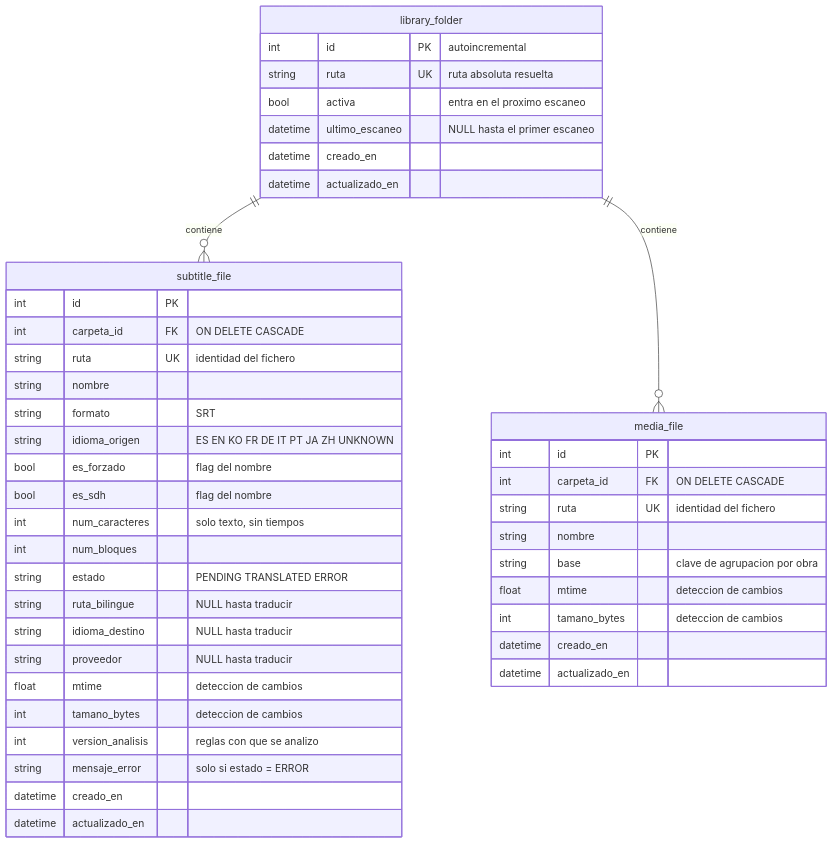
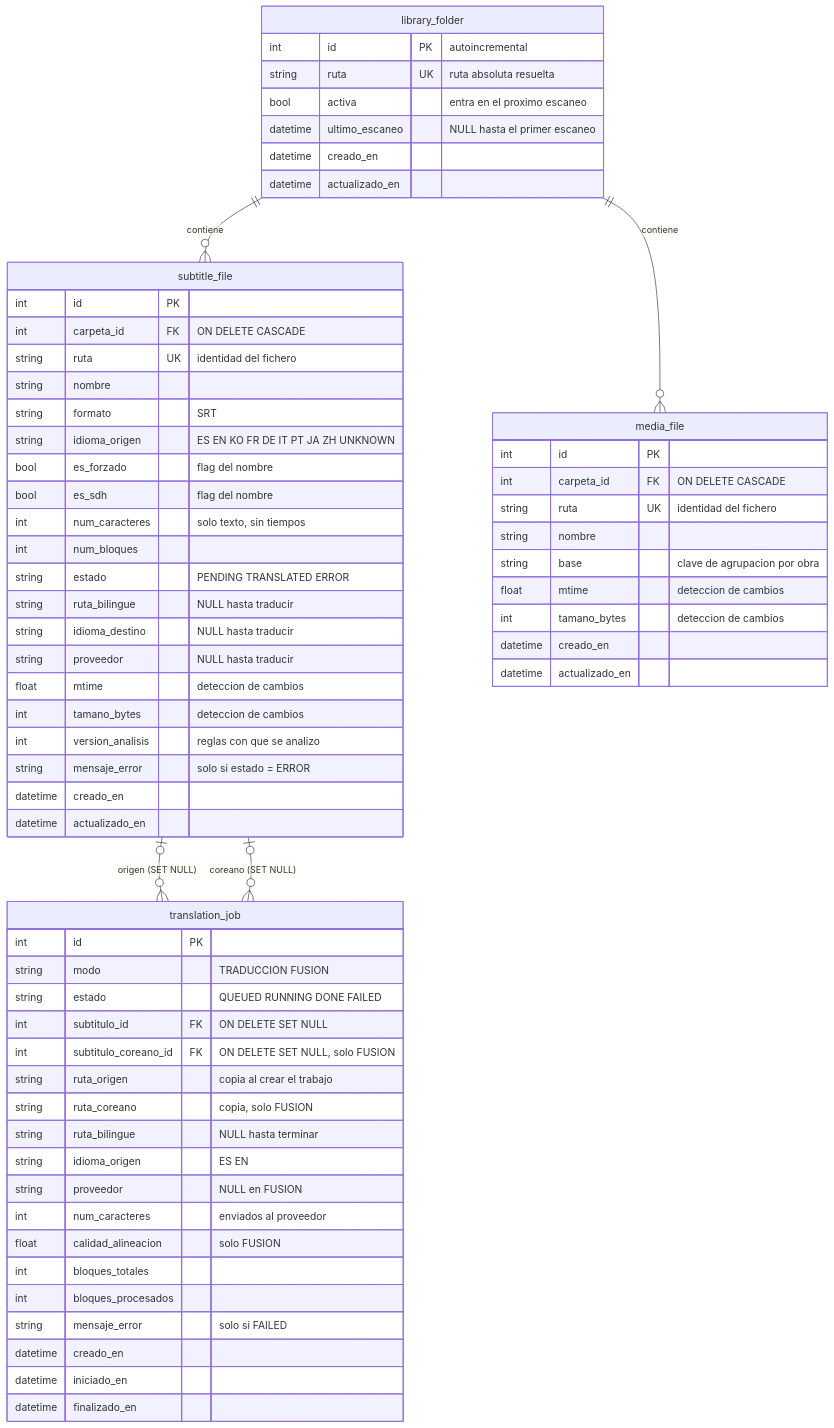
One commit to C4rl3s/srt-bilingual changed the diagram in docs/modelo-datos.md. Above: the diagram before and after it, drawn with Mermaid. The commit also changed other lines of this file and 10 other files, not shown here.

First line of the commit message:
feat: tabla translation_job para los trabajos de bilingue (Fase 3, hito 5)

````diff
--- a/docs/modelo-datos.md
+++ b/docs/modelo-datos.md
@@ -27,49 +29,72 @@
 ```mermaid
 erDiagram
     library_folder ||--o{ subtitle_file : "contiene"
     library_folder ||--o{ media_file : "contiene"
+    subtitle_file |o--o{ translation_job : "origen (SET NULL)"
+    subtitle_file |o--o{ translation_job : "coreano (SET NULL)"
+
+    translation_job {
+        int      id                   PK
+        string   modo                    "TRADUCCION FUSION"
+        string   estado                  "QUEUED RUNNING DONE FAILED"
+        int      subtitulo_id         FK "ON DELETE SET NULL"
+        int      subtitulo_coreano_id FK "ON DELETE SET NULL, solo FUSION"
+        string   ruta_origen             "copia al crear el trabajo"
+        string   ruta_coreano            "copia, solo FUSION"
+        string   ruta_bilingue           "NULL hasta terminar"
+        string   idioma_origen           "ES EN"
+        string   proveedor               "NULL en FUSION"
+        int      num_caracteres          "enviados al proveedor"
+        float    calidad_alineacion      "solo FUSION"
+        int      bloques_totales
+        int      bloques_procesados
+        string   mensaje_error           "solo si FAILED"
+        datetime creado_en
+        datetime iniciado_en
+        datetime finalizado_en
+    }
 
     media_file {
         int      id             PK
         int      carpeta_id     FK "ON DELETE CASCADE"
         string   ruta           UK "identidad del fichero"
         string   nombre
         string   base              "clave de agrupacion por obra"
         float    mtime             "deteccion de cambios"
         int      tamano_bytes      "deteccion de cambios"
         datetime creado_en
         datetime actualizado_en
     }
 
     library_folder {
         int      id             PK "autoincremental"
         string   ruta           UK "ruta absoluta resuelta"
         bool     activa            "entra en el proximo escaneo"
         datetime ultimo_escaneo    "NULL hasta el primer escaneo"
         datetime creado_en
         datetime actualizado_en
     }
 
     subtitle_file {
         int      id             PK
         int      carpeta_id     FK "ON DELETE CASCADE"
         string   ruta           UK "identidad del fichero"
         string   nombre
         string   formato           "SRT"
         string   idioma_origen     "ES EN KO FR DE IT PT JA ZH UNKNOWN"
         bool     es_forzado        "flag del nombre"
         bool     es_sdh            "flag del nombre"
         int      num_caracteres    "solo texto, sin tiempos"
         int      num_bloques
         string   estado            "PENDING TRANSLATED ERROR"
         string   ruta_bilingue     "NULL hasta traducir"
         string   idioma_destino    "NULL hasta traducir"
         string   proveedor         "NULL hasta traducir"
         float    mtime             "deteccion de cambios"
         int      tamano_bytes      "deteccion de cambios"
         int      version_analisis  "reglas con que se analizo"
         string   mensaje_error     "solo si estado = ERROR"
         datetime creado_en
         datetime actualizado_en
     }
 ```
````
